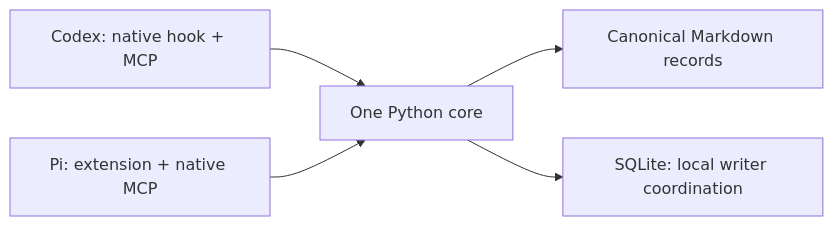
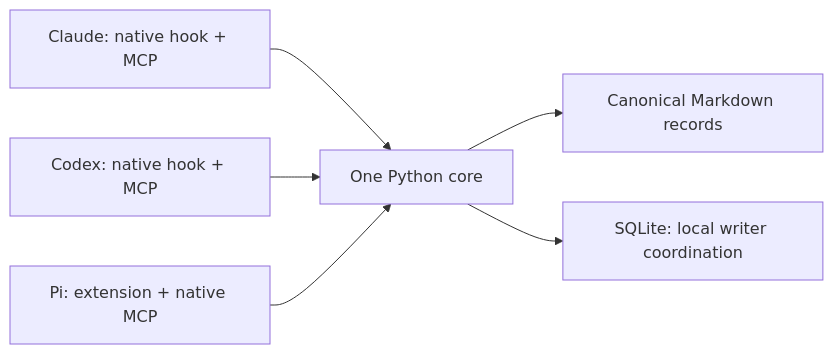
One commit to Pein2017/shared-memory-mcp changed the diagram in README.md. Above: the diagram before and after it, drawn with Mermaid. The commit also changed other lines of this file and 13 other files, not shown here.

````diff
--- a/README.md
+++ b/README.md
@@ -10,7 +9,8 @@
 ```mermaid
 flowchart LR
-    Codex["Codex: native hook + MCP"] --> Core["One Python core"]
+    Claude["Claude: native hook + MCP"] --> Core["One Python core"]
+    Codex["Codex: native hook + MCP"] --> Core
     Pi["Pi: extension + native MCP"] --> Core
     Core --> MD["Canonical Markdown records"]
     Core --> Gate["SQLite: local writer coordination"]
 ```
````
